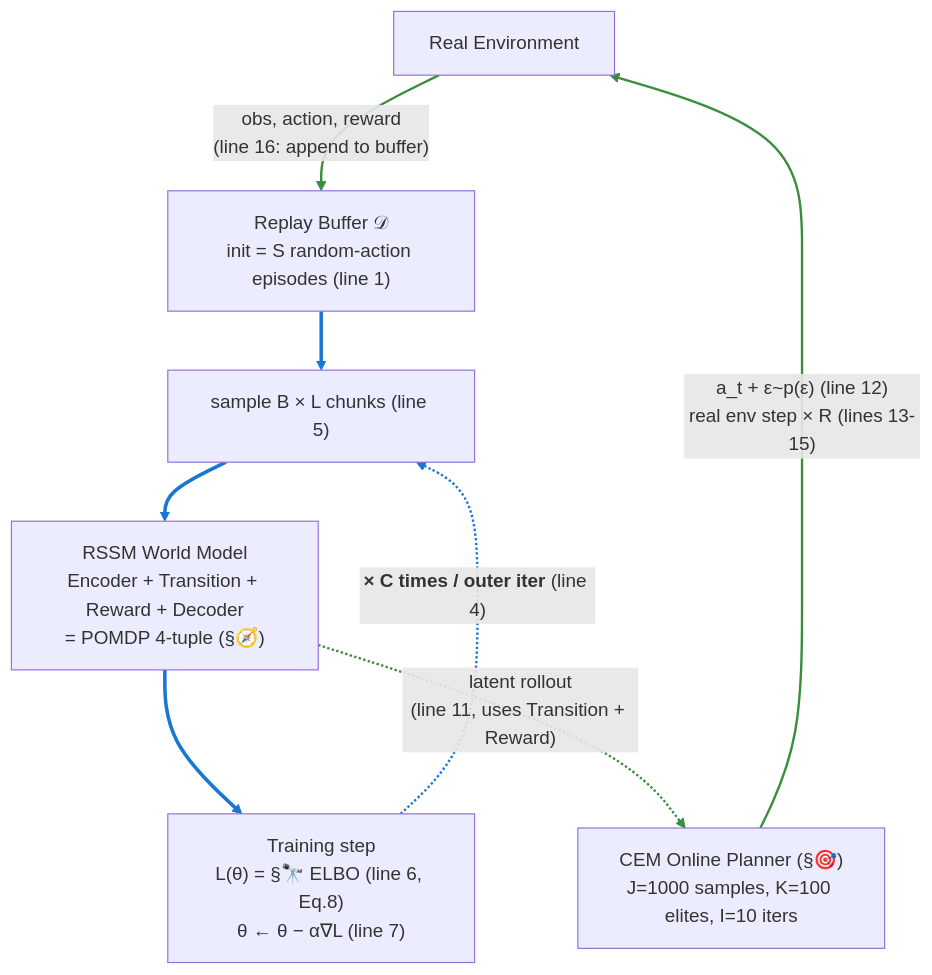
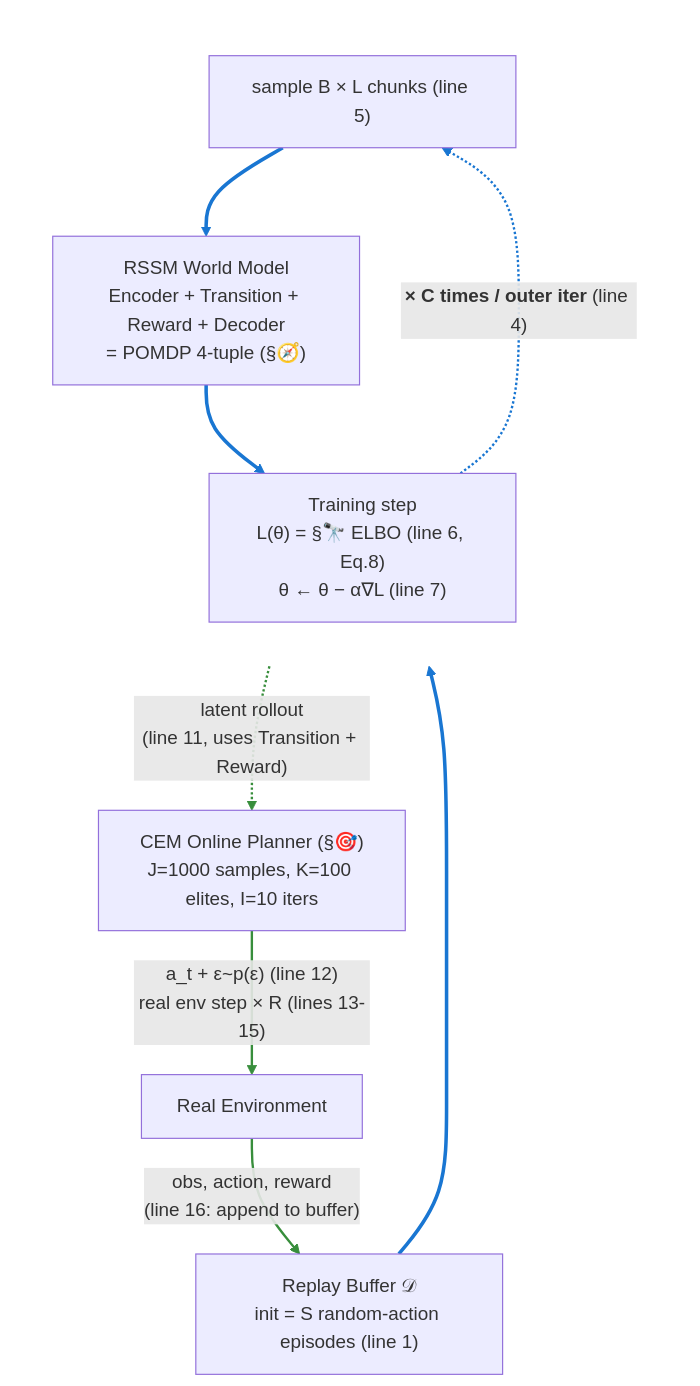
One commit to jinxinzhou/world-model-study changed the seventh of 7 diagrams in World-Model-Study-Notes.md. Above: the diagram before and after it, drawn with Mermaid. The commit also changed 1 other file, not shown here.

Commit message:
docs: wrap A-phase chain in invisible subgraph to stop edge crossings
The blue dashed 'x C times' back-edge (Train -> Sample) and the green
dashed 'latent rollout' edge (RSSM -> CEM) were crossing in the middle
of the diagram because Dagre routed the back-edge through the same
horizontal band CEM occupied.

Wrap Sample / RSSM / Train in an invisible subgraph (A_phase) and
define the back-edge inside it. Dagre now treats the back-edge as
internal to the subgraph and routes it on the left side, while CEM
sits cleanly outside on the right. The subgraph is styled with
fill:transparent,stroke:transparent so the grouping is invisible.

Also renumber linkStyle indices since the back-edge is now declared
inside the subgraph (earlier in source order).

````diff
--- a/World-Model-Study-Notes.md
+++ b/World-Model-Study-Notes.md
@@ -2168,25 +2168,32 @@
 ```mermaid
 flowchart TD
     Env["Real Environment"]
     Buffer["Replay Buffer 𝒟<br/>init = S random-action episodes (line 1)"]
-    Sample["sample B × L chunks (line 5)"]
-    RSSM["RSSM World Model<br/>Encoder + Transition + Reward + Decoder<br/>= POMDP 4-tuple (§🧭)"]
-    Train["Training step<br/>L(θ) = §🔭 ELBO (line 6, Eq.8)<br/>θ ← θ − α∇L (line 7)"]
+
+    subgraph A_phase [" "]
+        direction TB
+        Sample["sample B × L chunks (line 5)"]
+        RSSM["RSSM World Model<br/>Encoder + Transition + Reward + Decoder<br/>= POMDP 4-tuple (§🧭)"]
+        Train["Training step<br/>L(θ) = §🔭 ELBO (line 6, Eq.8)<br/>θ ← θ − α∇L (line 7)"]
+        Train -.->|"<b>× C times / outer iter</b> (line 4)"| Sample
+        Sample --> RSSM
+        RSSM --> Train
+    end
+
     CEM["CEM Online Planner (§🎯)<br/>J=1000 samples, K=100 elites, I=10 iters"]
 
     Env -->|"obs, action, reward<br/>(line 16: append to buffer)"| Buffer
     Buffer --> Sample
-    Sample --> RSSM
-    RSSM --> Train
-    Train -.->|"<b>× C times / outer iter</b> (line 4)"| Sample
     RSSM -.->|"latent rollout<br/>(line 11, uses Transition + Reward)"| CEM
     CEM -->|"a_t + ε~p(ε) (line 12)<br/>real env step × R (lines 13-15)"| Env
 
-    linkStyle 0 stroke:#388e3c,stroke-width:2px
+    style A_phase fill:transparent,stroke:transparent
+
+    linkStyle 0 stroke:#1976d2,stroke-width:2px
     linkStyle 1 stroke:#1976d2,stroke-width:3px
     linkStyle 2 stroke:#1976d2,stroke-width:3px
-    linkStyle 3 stroke:#1976d2,stroke-width:3px
-    linkStyle 4 stroke:#1976d2,stroke-width:2px
+    linkStyle 3 stroke:#388e3c,stroke-width:2px
+    linkStyle 4 stroke:#1976d2,stroke-width:3px
     linkStyle 5 stroke:#388e3c,stroke-width:2px
     linkStyle 6 stroke:#388e3c,stroke-width:2px
 ```
````
